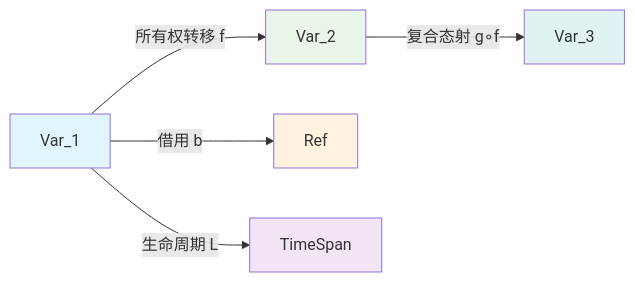
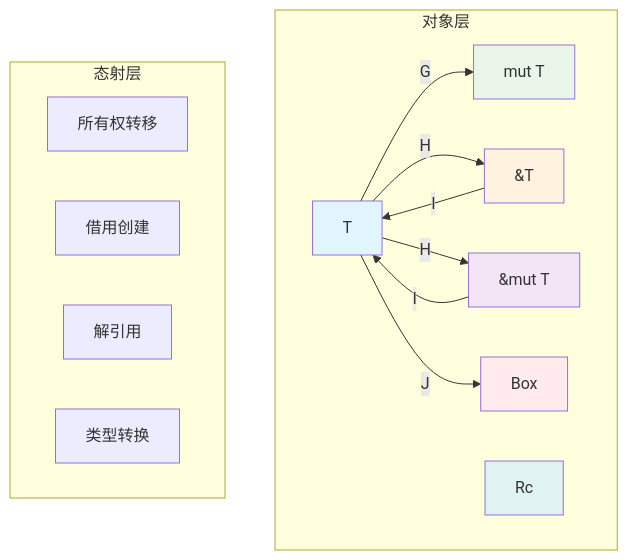
The first of 3 diagrams in formal_rust/refactor/01_core_theory/01_variable_system/02_category_theory.md (martin-ly/rust-lang), drawn with Mermaid before and after one commit. The commit also changed other lines of this file and 7 other files, not shown here.

````diff
--- a/formal_rust/refactor/01_core_theory/01_variable_system/02_category_theory.md
+++ b/formal_rust/refactor/01_core_theory/01_variable_system/02_category_theory.md
@@ -272,13 +226,32 @@
 ```mermaid
-graph LR
-    A[Var_1] -- 所有权转移 f --> B[Var_2]
-    A -- 借用 b --> C[Ref<Var_1>]
-    A -- 生命周期 L --> D[TimeSpan]
-    B -- 复合态射 g∘f --> E[Var_3]
+graph TB
+    subgraph "对象层"
+        A[T]
+        B[mut T]
+        C[&T]
+        D[&mut T]
+        E[Box<T>]
+        F[Rc<T>]
+    end
+    
+    subgraph "态射层"
+        G[所有权转移]
+        H[借用创建]
+        I[解引用]
+        J[类型转换]
+    end
+    
+    A -->|G| B
+    A -->|H| C
+    A -->|H| D
+    A -->|J| E
+    C -->|I| A
+    D -->|I| A
     
     style A fill:#e1f5fe
     style B fill:#e8f5e8
     style C fill:#fff3e0
     style D fill:#f3e5f5
-    style E fill:#e0f2f1
+    style E fill:#ffebee
+    style F fill:#e0f2f1
 ```
````
